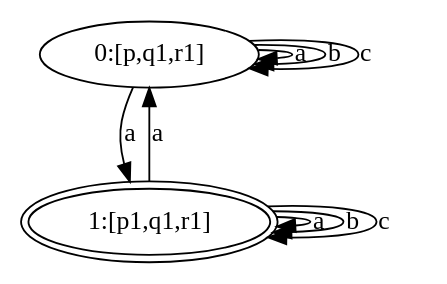
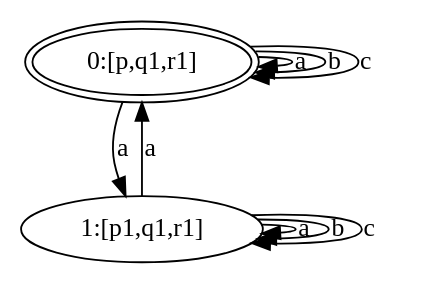
Before and after one commit to pghiraldelli/trabalhoLogProg: the diagram in pergunta3.dot, drawn with Graphviz. The commit also changed 27 other files, not shown here.

```diff
--- a/pergunta3.dot
+++ b/pergunta3.dot
@@ -1,1 +1,1 @@
-digraph G { 0[label ="0:[p,q1,r1]"] ; 1[label ="1:[p1,q1,r1]",peripheries = 2] ; 0 -> 0 [label=a] ; 0 -> 0 [label=b] ; 0 -> 0 [label=c] ; 0 -> 1 [label=a] ; 1 -> 0 [label=a] ; 1 -> 1 [label=a] ; 1 -> 1 [label=b] ; 1 -> 1 [label=c] }
+digraph G { 0[label ="0:[p,q1,r1]",peripheries = 2] ; 1[label ="1:[p1,q1,r1]"] ; 0 -> 0 [label=a] ; 0 -> 0 [label=b] ; 0 -> 0 [label=c] ; 0 -> 1 [label=a] ; 1 -> 0 [label=a] ; 1 -> 1 [label=a] ; 1 -> 1 [label=b] ; 1 -> 1 [label=c] }
```
